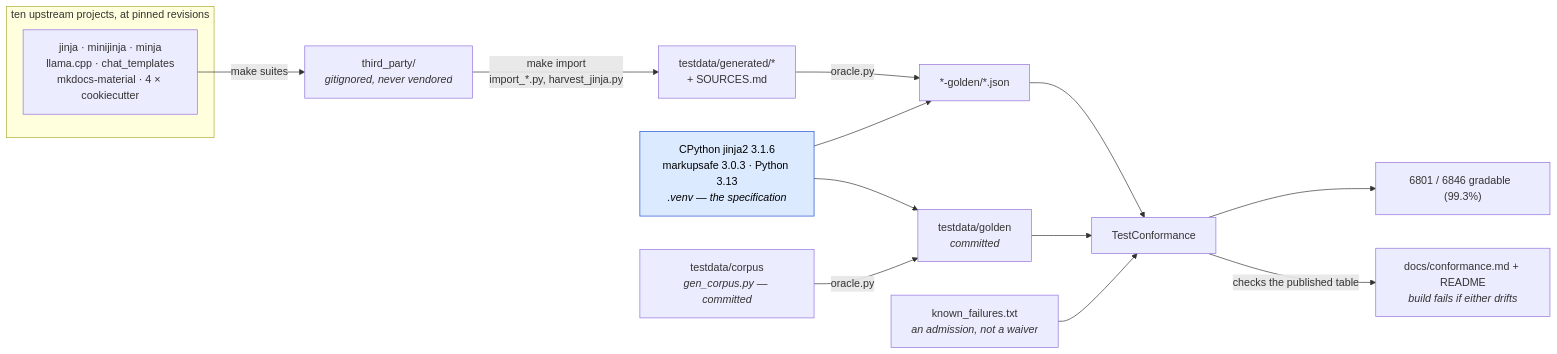
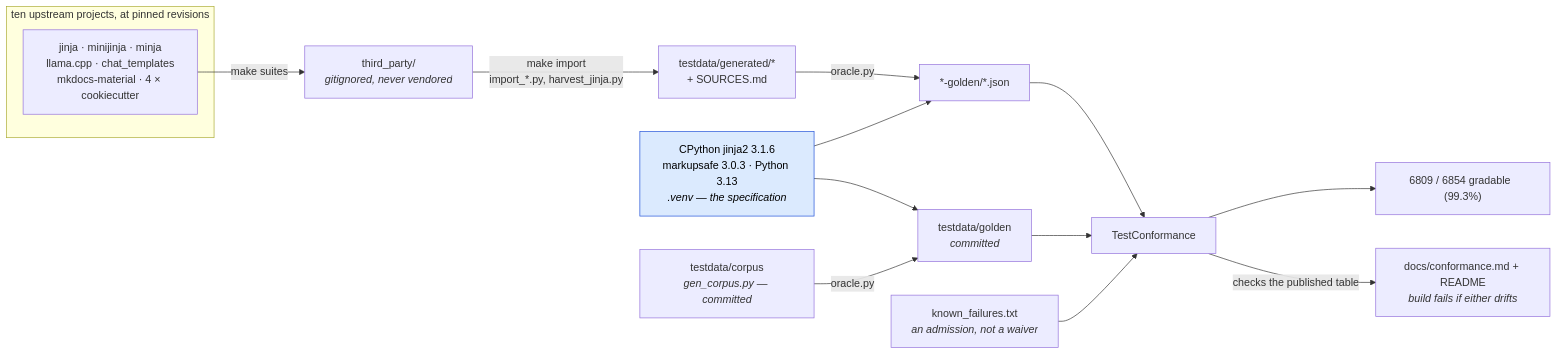
The first of 2 diagrams in docs/conformance.md (mgilbir/gojja2), drawn with Mermaid before and after one commit. The commit also changed other lines of this file and 33 other files, not shown here.

````diff
--- a/docs/conformance.md
+++ b/docs/conformance.md
@@ -17,24 +17,24 @@
 ```mermaid
 flowchart LR
     subgraph up["ten upstream projects, at pinned revisions"]
         U1["jinja · minijinja · minja<br/>llama.cpp · chat_templates<br/>mkdocs-material · 4 × cookiecutter"]
     end
     U1 -->|"make suites"| TP["third_party/<br/><i>gitignored, never vendored</i>"]
     TP -->|"make import<br/>import_*.py, harvest_jinja.py"| GEN["testdata/generated/*<br/>+ SOURCES.md"]
 
     ORA["CPython jinja2 3.1.6<br/>markupsafe 3.0.3 · Python 3.13<br/><i>.venv — the specification</i>"]
     GEN -->|"oracle.py"| G2["*-golden/*.json"]
     ORA --> G2
 
     OWN["testdata/corpus<br/><i>gen_corpus.py — committed</i>"] -->|"oracle.py"| G1["testdata/golden<br/><i>committed</i>"]
     ORA --> G1
 
     G1 --> TC["TestConformance"]
     G2 --> TC
     KF["known_failures.txt<br/><i>an admission, not a waiver</i>"] --> TC
-    TC --> RATE["6801 / 6846 gradable  (99.3%)"]
+    TC --> RATE["6809 / 6854 gradable  (99.3%)"]
     TC -->|"checks the published table"| RM["docs/conformance.md + README<br/><i>build fails if either drifts</i>"]
 
     classDef spec fill:#dbeafe,stroke:#1d4ed8,color:#000
     class ORA spec
 ```
````
